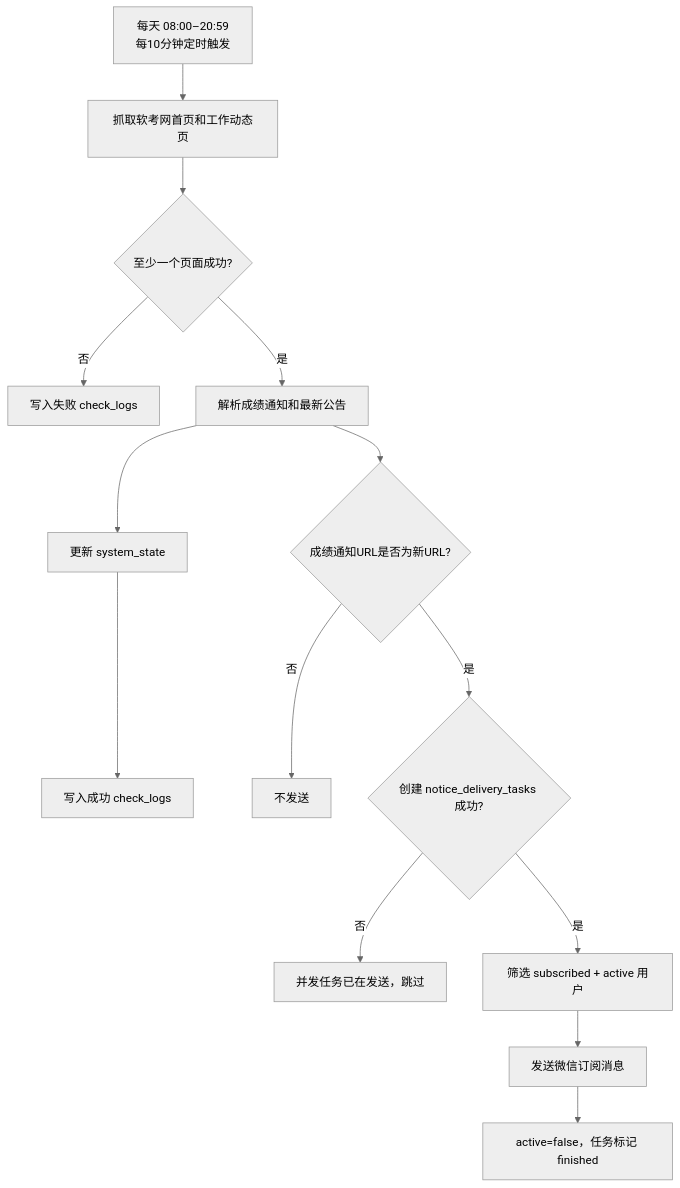
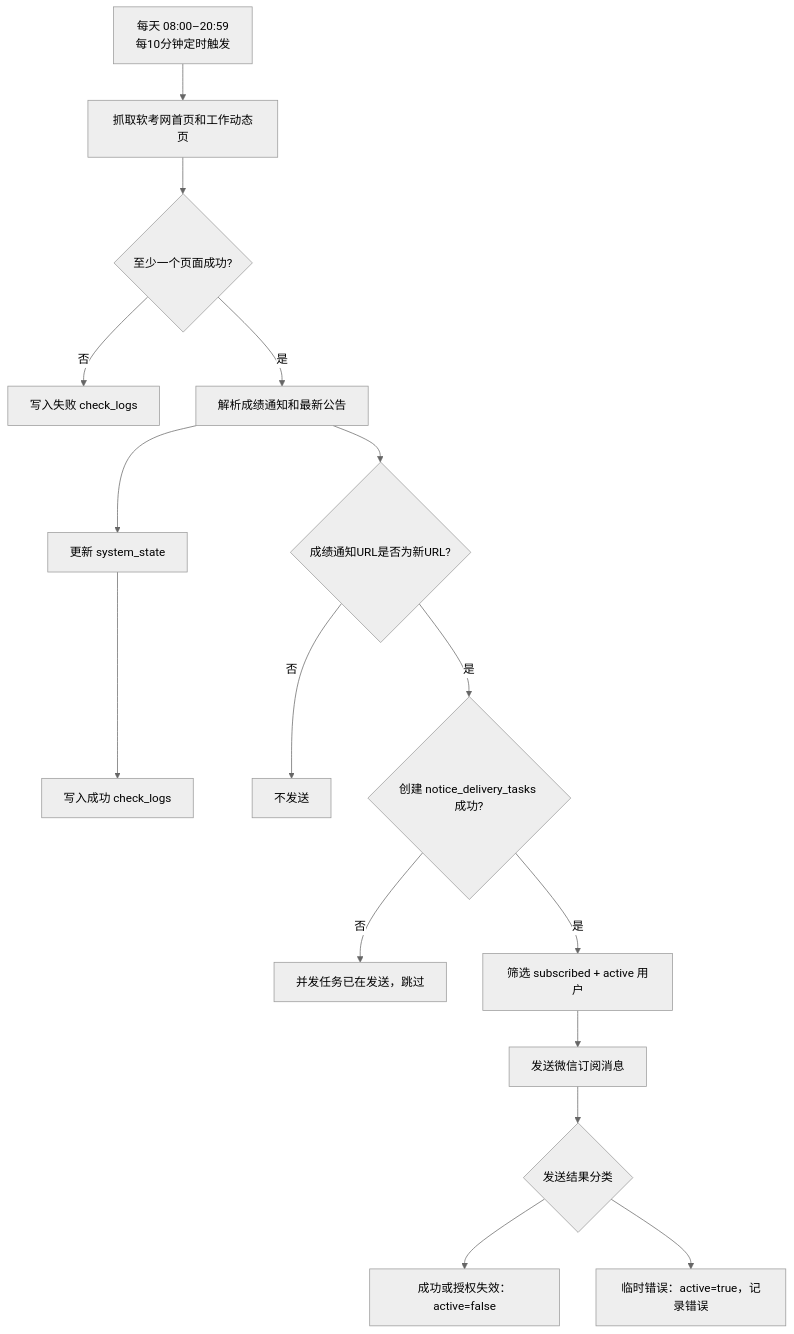
One commit to Sillywa/ruankao changed the fourth of 5 diagrams in doc.md. Above: the diagram before and after it, drawn with Mermaid (neutral theme). The commit also changed other lines of this file and 4 other files, not shown here.

````diff
--- a/doc.md
+++ b/doc.md
@@ -227,16 +227,18 @@
 ```mermaid
 flowchart TD
     A["每天 08:00–20:59\n每10分钟定时触发"] --> B["抓取软考网首页和工作动态页"]
     B --> C{"至少一个页面成功?"}
     C -- 否 --> D["写入失败 check_logs"]
     C -- 是 --> E["解析成绩通知和最新公告"]
     E --> F["更新 system_state"]
     F --> G["写入成功 check_logs"]
     E --> H{"成绩通知URL是否为新URL?"}
     H -- 否 --> I["不发送"]
     H -- 是 --> J{"创建 notice_delivery_tasks 成功?"}
     J -- 否 --> M["并发任务已在发送，跳过"]
     J -- 是 --> K["筛选 subscribed + active 用户"]
     K --> L["发送微信订阅消息"]
-    L --> N["active=false，任务标记 finished"]
+    L --> N{"发送结果分类"}
+    N --> O["成功或授权失效：active=false"]
+    N --> P["临时错误：active=true，记录错误"]
 ```
````
